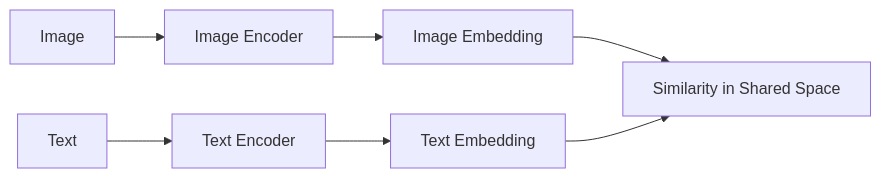
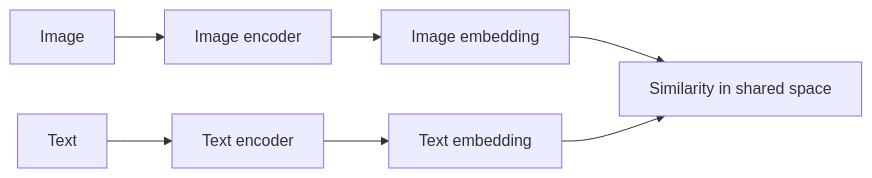
The first of 5 diagrams in docs/multimodal/vlm_architectures_and_basics.md (b-io/vlm-inference-lab), drawn with Mermaid before and after one commit. The commit also changed other lines of this file and 6 other files, not shown here.

First line of the commit message:
docs: update VLM architectures, knowledge distillation, and fix LaTeX rendering

````diff
--- a/docs/multimodal/vlm_architectures_and_basics.md
+++ b/docs/multimodal/vlm_architectures_and_basics.md
@@ -89,9 +83,9 @@
 ```mermaid
 flowchart LR
-    I[Image] --> IE[Image Encoder]
-    T[Text] --> TE[Text Encoder]
-    IE --> VI[Image Embedding]
-    TE --> VT[Text Embedding]
-    VI --> SIM[Similarity in Shared Space]
+    I[Image] --> IE[Image encoder]
+    T[Text] --> TE[Text encoder]
+    IE --> VI[Image embedding]
+    TE --> VT[Text embedding]
+    VI --> SIM[Similarity in shared space]
     VT --> SIM
 ```
````
